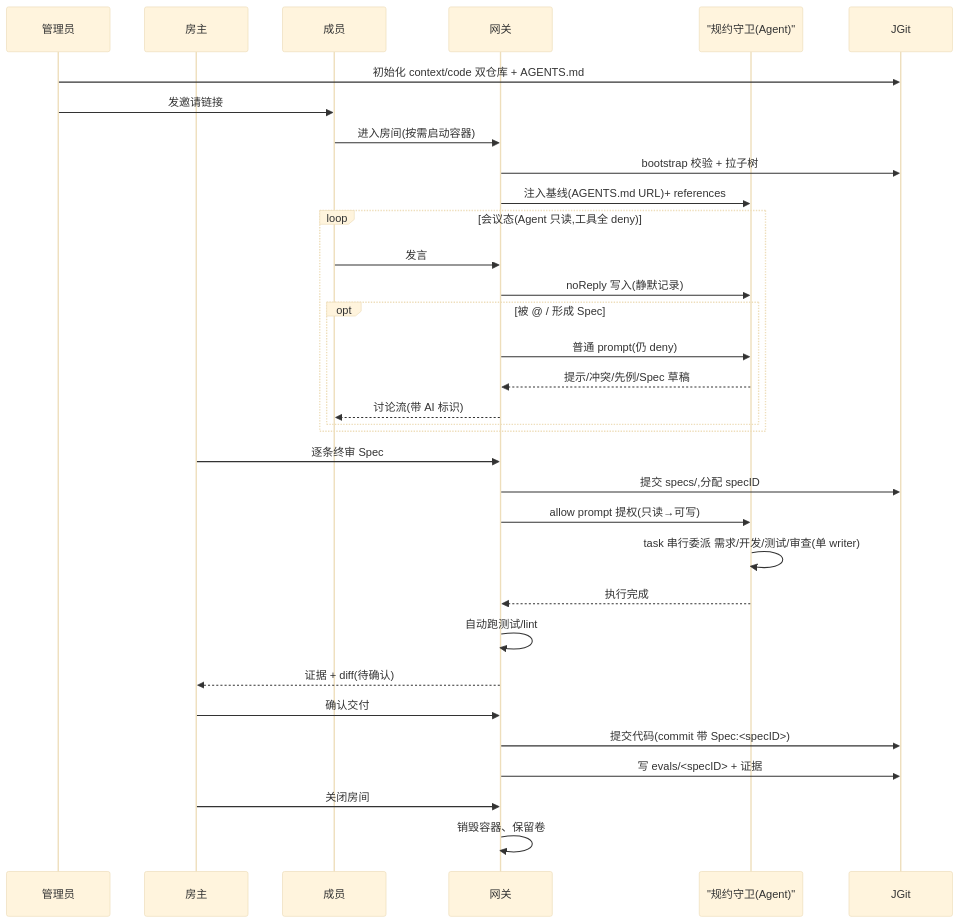
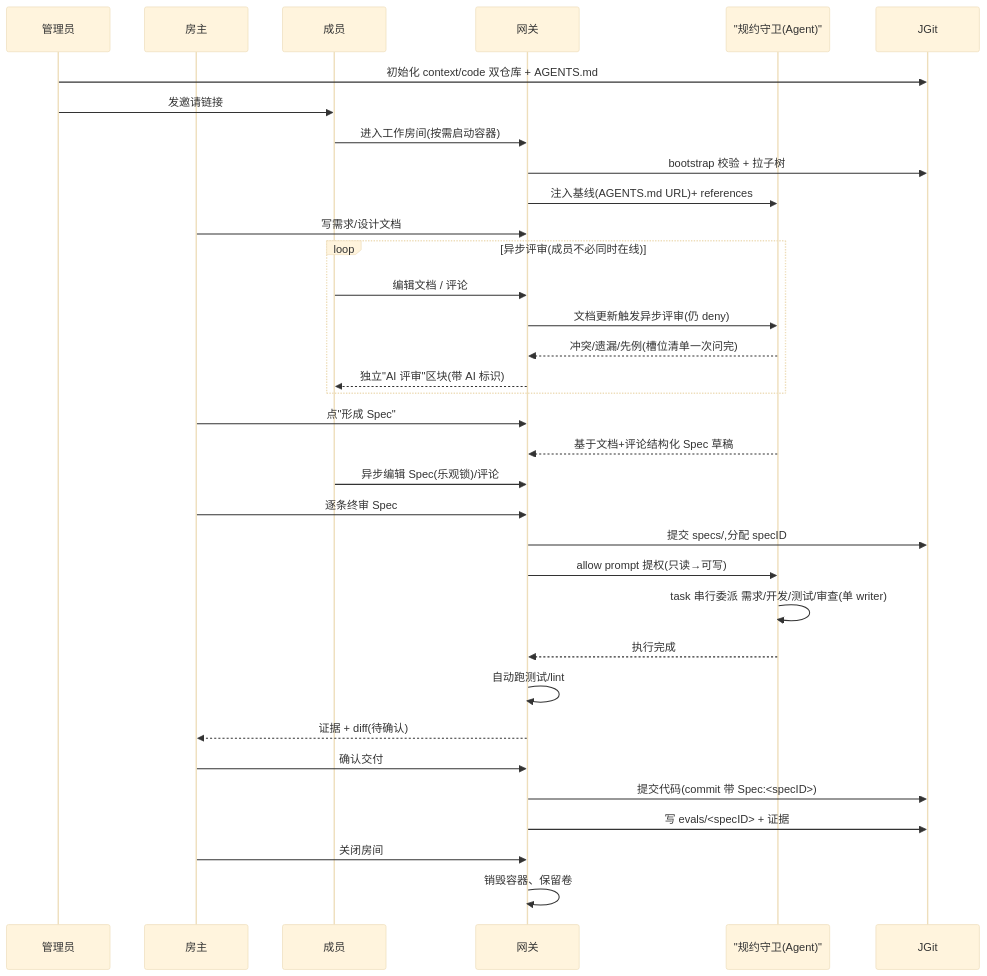
One commit to wonglaitung/opencode changed the first of 5 diagrams in COLLECTIVE.md. Above: the diagram before and after it, drawn with Mermaid (base theme). The commit also changed other lines of this file, not shown here.

````diff
--- a/COLLECTIVE.md
+++ b/COLLECTIVE.md
@@ -124,38 +126,39 @@
 ```mermaid
 sequenceDiagram
     participant 管理员
     participant 房主
     participant 成员
     participant 网关
     participant AI as "规约守卫(Agent)"
     participant JGit
 
     管理员->>JGit: 初始化 context/code 双仓库 + AGENTS.md
     管理员->>成员: 发邀请链接
-    成员->>网关: 进入房间(按需启动容器)
+    成员->>网关: 进入工作房间(按需启动容器)
     网关->>JGit: bootstrap 校验 + 拉子树
     网关->>AI: 注入基线(AGENTS.md URL)+ references
 
-    loop 会议态(Agent 只读,工具全 deny)
-        成员->>网关: 发言
-        网关->>AI: noReply 写入(静默记录)
-        opt 被 @ / 形成 Spec
-            网关->>AI: 普通 prompt(仍 deny)
-            AI-->>网关: 提示/冲突/先例/Spec 草稿
-            网关-->>成员: 讨论流(带 AI 标识)
-        end
+    房主->>网关: 写需求/设计文档
+    loop 异步评审(成员不必同时在线)
+        成员->>网关: 编辑文档 / 评论
+        网关->>AI: 文档更新触发异步评审(仍 deny)
+        AI-->>网关: 冲突/遗漏/先例(槽位清单一次问完)
+        网关-->>成员: 独立"AI 评审"区块(带 AI 标识)
     end
 
+    房主->>网关: 点"形成 Spec"
+    AI-->>网关: 基于文档+评论结构化 Spec 草稿
+    成员->>网关: 异步编辑 Spec(乐观锁)/评论
     房主->>网关: 逐条终审 Spec
     网关->>JGit: 提交 specs/,分配 specID
     网关->>AI: allow prompt 提权(只读→可写)
     AI->>AI: task 串行委派 需求/开发/测试/审查(单 writer)
     AI-->>网关: 执行完成
     网关->>网关: 自动跑测试/lint
     网关-->>房主: 证据 + diff(待确认)
     房主->>网关: 确认交付
     网关->>JGit: 提交代码(commit 带 Spec:<specID>)
     网关->>JGit: 写 evals/<specID> + 证据
     房主->>网关: 关闭房间
     网关->>网关: 销毁容器、保留卷
 ```
````
